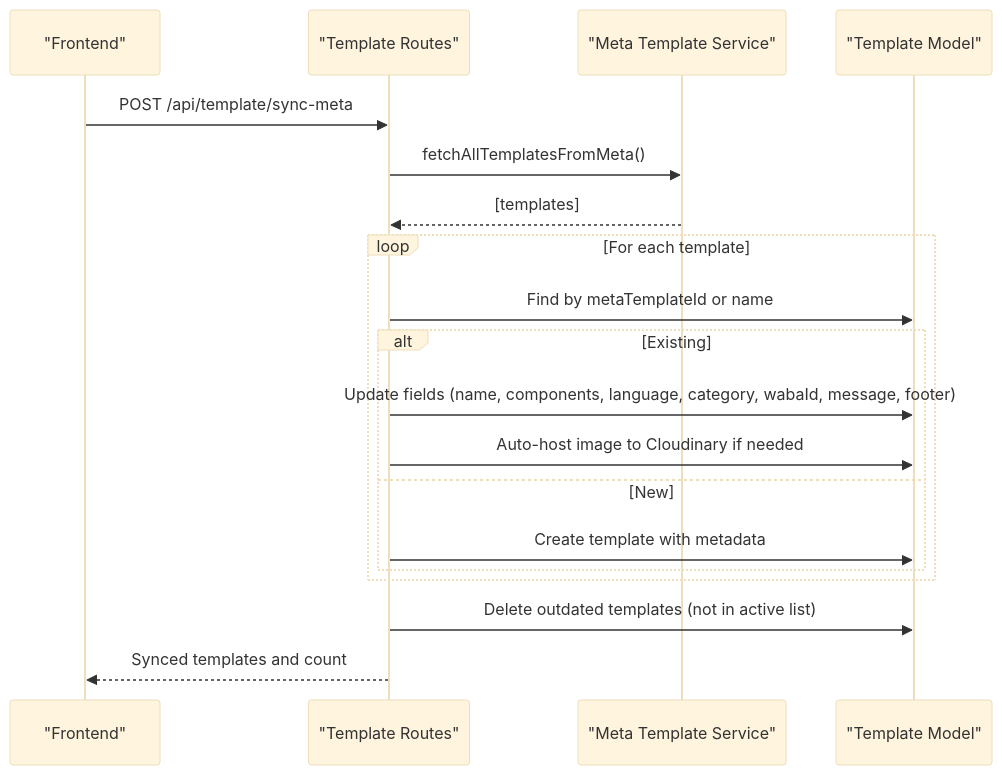
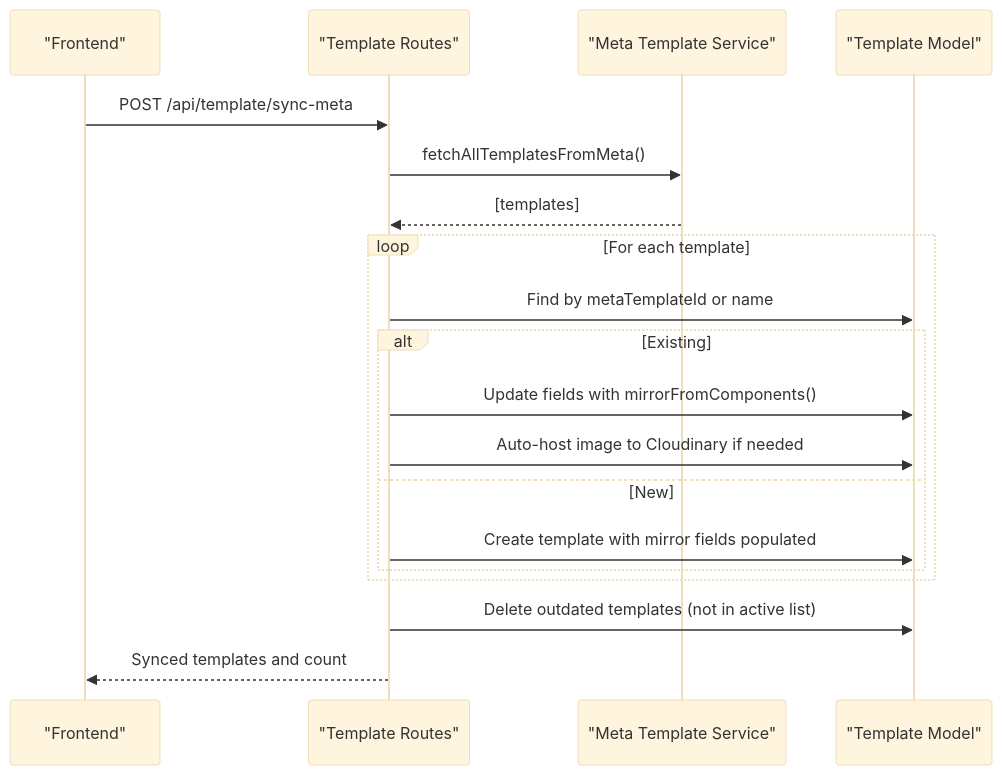
The seventh of 12 diagrams in .qoder/repowiki/en/content/Template Management/Template Management.md (zesteatvga-spec/crm), drawn with Mermaid (base theme) before and after one commit. The commit also changed other lines of this file and 26 other files, not shown here.

````diff
--- a/.qoder/repowiki/en/content/Template Management/Template Management.md
+++ b/.qoder/repowiki/en/content/Template Management/Template Management.md
@@ -327,21 +349,21 @@
 ```mermaid
 sequenceDiagram
 participant FE as "Frontend"
 participant RT as "Template Routes"
 participant MS as "Meta Template Service"
 participant DB as "Template Model"
 FE->>RT : POST /api/template/sync-meta
 RT->>MS : fetchAllTemplatesFromMeta()
 MS-->>RT : [templates]
 loop For each template
 RT->>DB : Find by metaTemplateId or name
 alt Existing
-RT->>DB : Update fields (name, components, language, category, wabaId, message, footer)
+RT->>DB : Update fields with mirrorFromComponents()
 RT->>DB : Auto-host image to Cloudinary if needed
 else New
-RT->>DB : Create template with metadata
+RT->>DB : Create template with mirror fields populated
 end
 end
 RT->>DB : Delete outdated templates (not in active list)
 RT-->>FE : Synced templates and count
 ```
````
